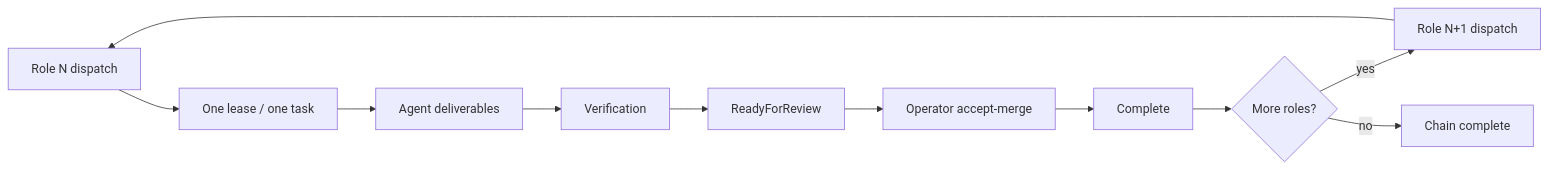
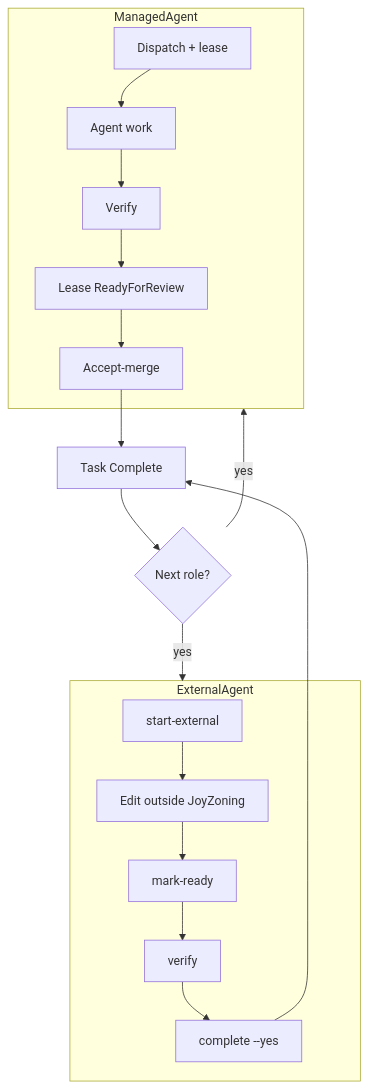
One commit to CardSorting/JoyZoning changed the diagram in docs/jsdp.md. Above: the diagram before and after it, drawn with Mermaid. The commit also changed other lines of this file and 49 other files, not shown here.

````diff
--- a/docs/jsdp.md
+++ b/docs/jsdp.md
@@ -48,13 +73,20 @@
 ```mermaid
-flowchart LR
-  A[Role N dispatch] --> B[One lease / one task]
-  B --> C[Agent deliverables]
-  C --> D[Verification]
-  D --> E[ReadyForReview]
-  E --> F[Operator accept-merge]
-  F --> G[Complete]
-  G --> H{More roles?}
-  H -->|yes| I[Role N+1 dispatch]
-  H -->|no| J[Chain complete]
-  I --> A
+flowchart TB
+  subgraph managed [ManagedAgent]
+    M1[Dispatch + lease] --> M2[Agent work]
+    M2 --> M3[Verify]
+    M3 --> M4[Lease ReadyForReview]
+    M4 --> M5[Accept-merge]
+  end
+  subgraph external [ExternalAgent]
+    E1[start-external] --> E2[Edit outside JoyZoning]
+    E2 --> E3[mark-ready]
+    E3 --> E4[verify]
+    E4 --> E5[complete --yes]
+  end
+  M5 --> C[Task Complete]
+  E5 --> C
+  C --> N{Next role?}
+  N -->|yes| managed
+  N -->|yes| external
 ```
````
